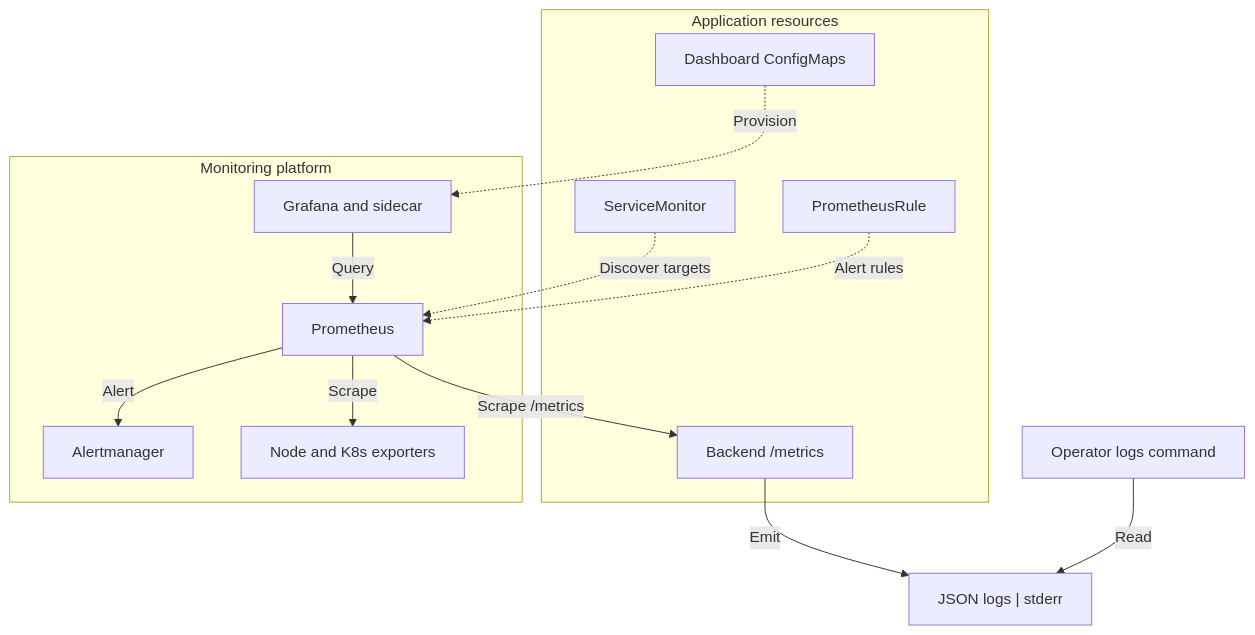
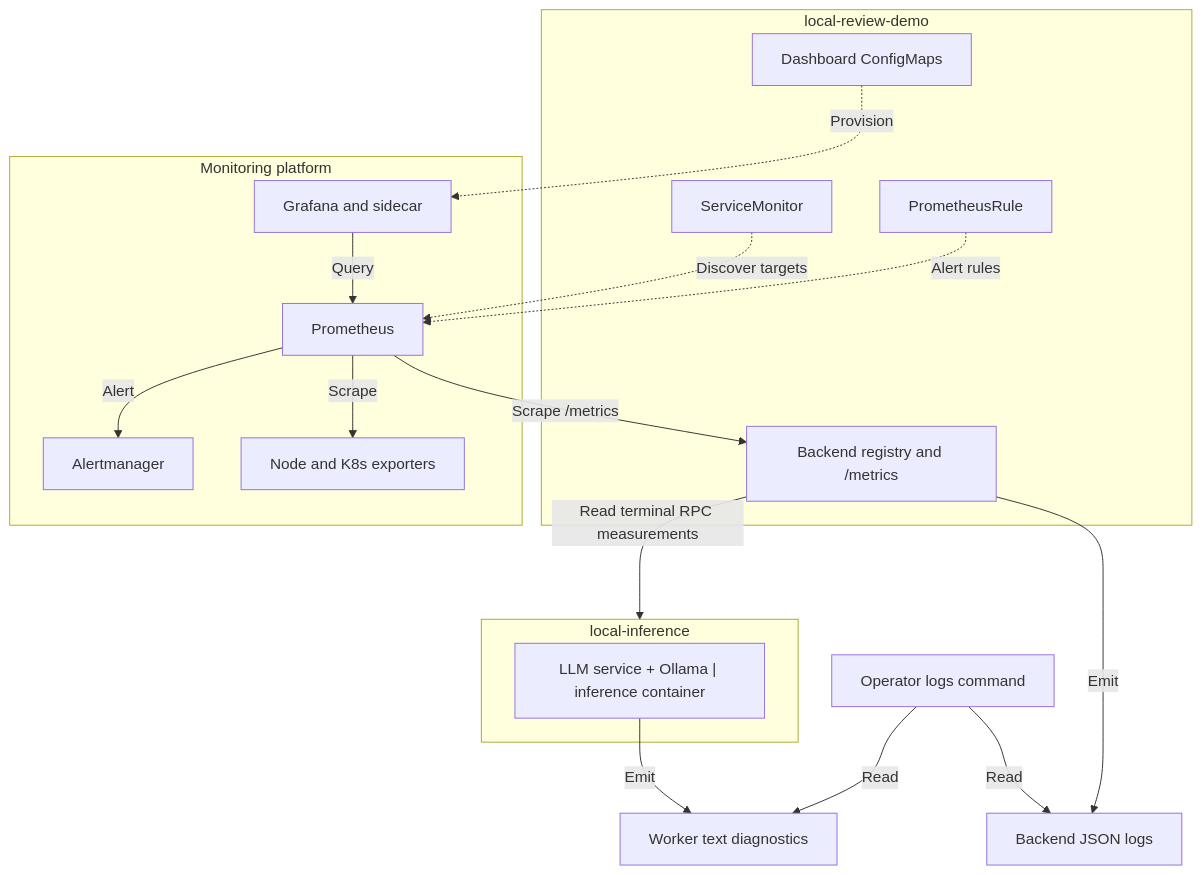
Before and after one commit to GodfreyLyu/LocalQwenDemo: the diagram in docs/reference/observability.md, drawn with Mermaid. The commit also changed other lines of this file and 154 other files, not shown here.

````diff
--- a/docs/reference/observability.md
+++ b/docs/reference/observability.md
@@ -18,28 +21,35 @@
 ```mermaid
 flowchart TB
     accTitle: Optional local monitoring and application log flow
-    accDescr: The application Chart supplies ServiceMonitor, alert rules and dashboard ConfigMaps. Terraform owns the monitoring platform. Prometheus scrapes internal backend metrics and cluster exporters, Grafana queries Prometheus and loads dashboard ConfigMaps, and Alertmanager receives local alerts. Operators read JSON logs separately through kubectl or the local Helm CLI.
-    subgraph application["Application resources"]
-        backend["Backend /metrics"]
+    accDescr: The application Chart supplies ServiceMonitor, alert rules and dashboard ConfigMaps. The backend imports section measurements from terminal Thrift snapshots. Terraform's Prometheus scrapes the backend and cluster exporters; Grafana queries it and Alertmanager receives alerts. Operators read backend JSON logs and worker text logs separately.
+    subgraph application["local-review-demo"]
+        backend["Backend registry and /metrics"]
         monitor["ServiceMonitor"]
         rules["PrometheusRule"]
         dashboards["Dashboard ConfigMaps"]
+    end
+    subgraph inference["local-inference"]
+        worker["LLM service + Ollama | inference container"]
     end
     subgraph platform["Monitoring platform"]
         prometheus["Prometheus"]
         grafana["Grafana and sidecar"]
         alerts["Alertmanager"]
         exporters["Node and K8s exporters"]
     end
-    logs["JSON logs | stderr"]
+    logs["Backend JSON logs"]
+    workerLogs["Worker text diagnostics"]
     operator["Operator logs command"]
     monitor -.->|"Discover targets"| prometheus
     rules -.->|"Alert rules"| prometheus
     dashboards -.->|"Provision"| grafana
     prometheus -->|"Scrape /metrics"| backend
     prometheus -->|"Scrape"| exporters
     grafana -->|"Query"| prometheus
     prometheus -->|"Alert"| alerts
     backend -->|"Emit"| logs
+    backend -->|"Read terminal RPC measurements"| inference
+    worker -->|"Emit"| workerLogs
     operator -->|"Read"| logs
+    operator -->|"Read"| workerLogs
 ```
````
